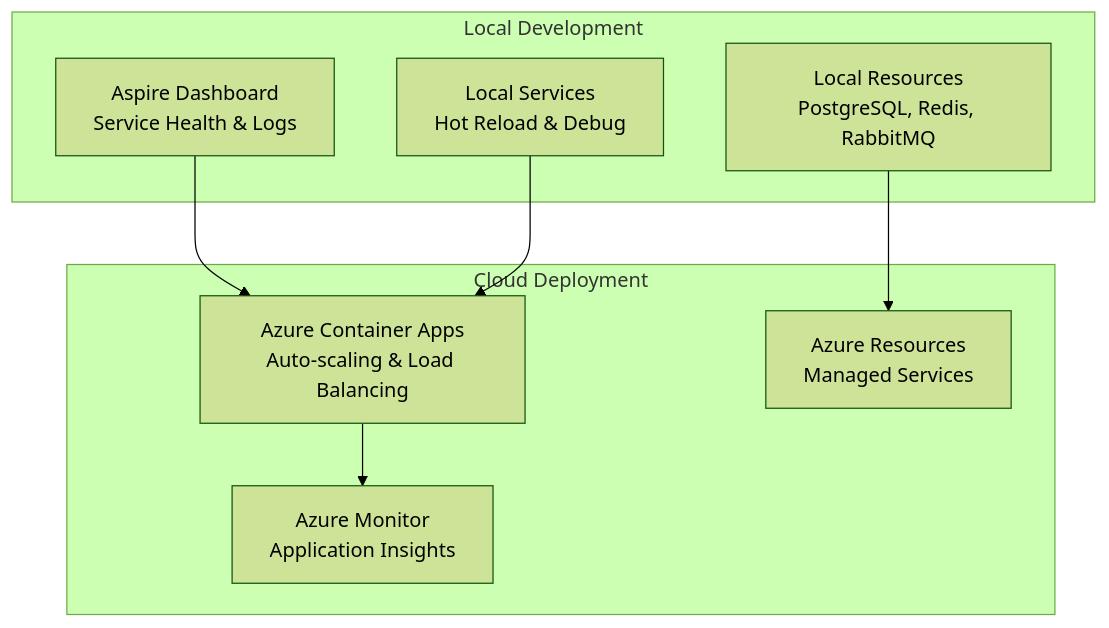
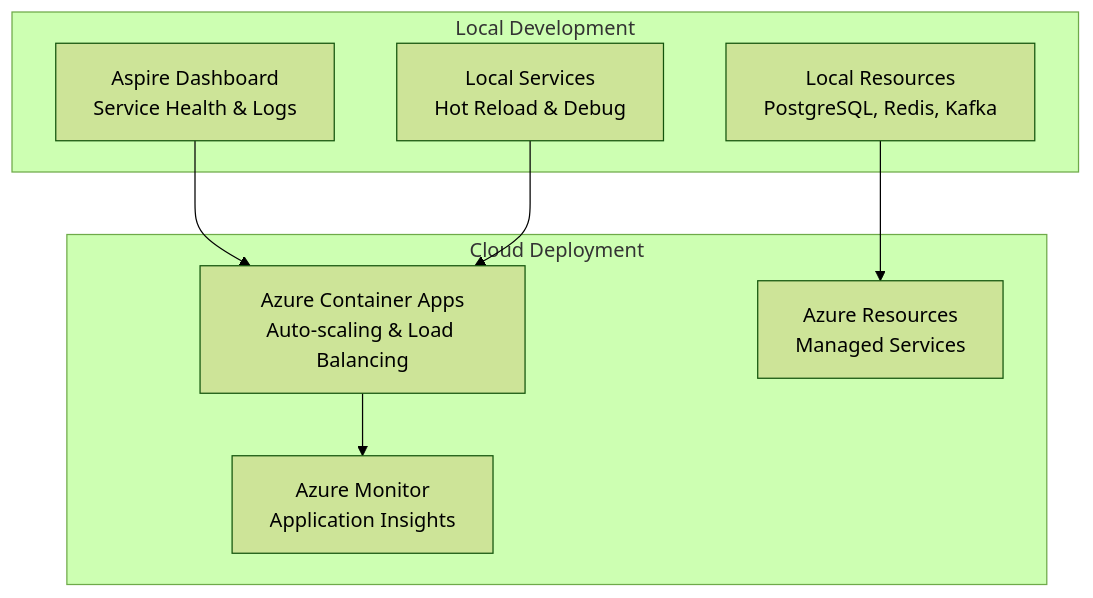
One commit to foxminchan/BookWorm changed the first of 2 diagrams in docs/docusaurus/docs/09-architecture-decisions/adr-003-aspire-cloud-native.mdx. Above: the diagram before and after it, drawn with Mermaid (forest theme). The commit also changed other lines of this file and 65 other files, not shown here.

Commit message:
chore(docs): update architecture decision records (#1127)

````diff
--- a/docs/docusaurus/docs/09-architecture-decisions/adr-003-aspire-cloud-native.mdx
+++ b/docs/docusaurus/docs/09-architecture-decisions/adr-003-aspire-cloud-native.mdx
@@ -94,19 +95,19 @@
 ```mermaid
 graph TB
     subgraph "Local Development"
         DevDashboard[Aspire Dashboard<br/>Service Health & Logs]
         DevServices[Local Services<br/>Hot Reload & Debug]
-        DevResources[Local Resources<br/>PostgreSQL, Redis, RabbitMQ]
+        DevResources[Local Resources<br/>PostgreSQL, Redis, Kafka]
     end
 
     subgraph "Cloud Deployment"
         ACA[Azure Container Apps<br/>Auto-scaling & Load Balancing]
         AzureResources[Azure Resources<br/>Managed Services]
         Monitoring[Azure Monitor<br/>Application Insights]
     end
 
     DevDashboard --> ACA
     DevServices --> ACA
     DevResources --> AzureResources
     ACA --> Monitoring
 ```
````
